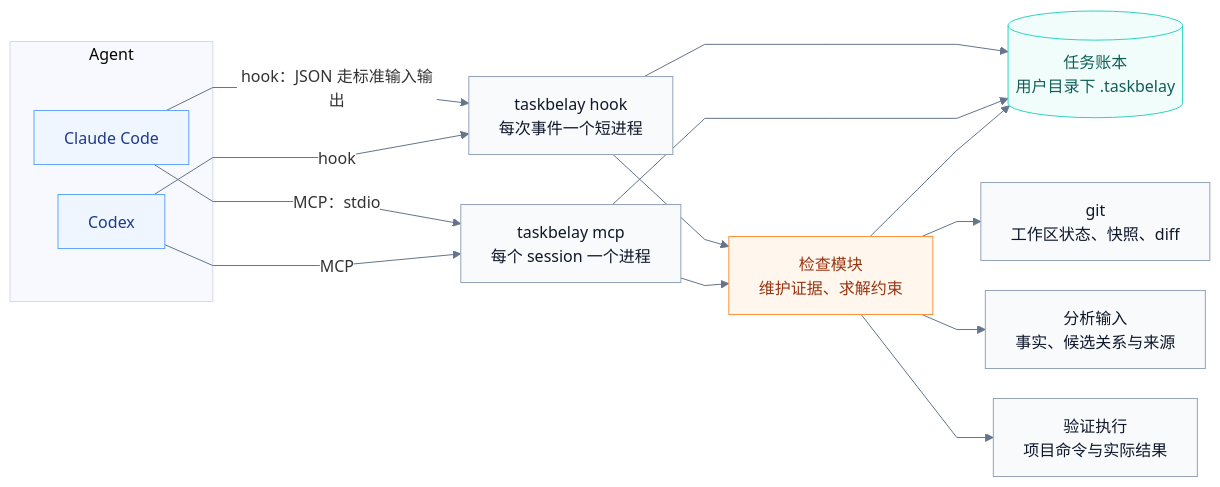
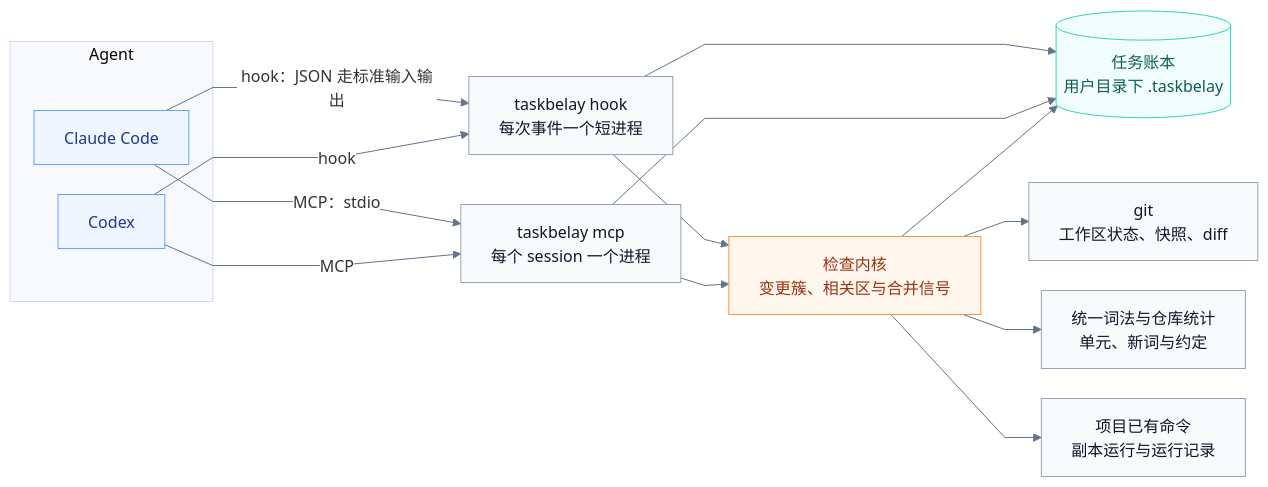
One commit to Innocent-children/TaskBelay changed the first of 3 diagrams in docs/product-architecture.md. Above: the diagram before and after it, drawn with Mermaid. The commit also changed other lines of this file and 26 other files, not shown here.

````diff
--- a/docs/product-architecture.md
+++ b/docs/product-architecture.md
@@ -11,32 +11,32 @@
 ```mermaid
 %%{init: {"theme": "base", "themeVariables": {"fontFamily": "PingFang SC, Microsoft YaHei, sans-serif", "fontSize": "16px", "edgeLabelBackground": "#ffffff", "lineColor": "#64748b"}, "flowchart": {"curve": "linear", "nodeSpacing": 30, "rankSpacing": 48}}}%%
 flowchart LR
     subgraph AGENTS["Agent"]
         CC["Claude Code"]
         CX["Codex"]
     end
 
     CC -->|"hook：JSON 走标准输入输出"| HOOK["taskbelay hook<br/>每次事件一个短进程"]
     CX -->|"hook"| HOOK
     CC -->|"MCP：stdio"| MCP["taskbelay mcp<br/>每个 session 一个进程"]
     CX -->|"MCP"| MCP
 
-    HOOK --> CHECK["检查模块<br/>维护证据、求解约束"]
+    HOOK --> CHECK["检查内核<br/>变更簇、相关区与合并信号"]
     MCP --> CHECK
     HOOK --> LEDGER[("任务账本<br/>用户目录下 .taskbelay")]
     MCP --> LEDGER
     CHECK --> LEDGER
     CHECK --> GIT["git<br/>工作区状态、快照、diff"]
-    CHECK --> CODE["分析输入<br/>事实、候选关系与来源"]
-    CHECK --> TOOLS["验证执行<br/>项目命令与实际结果"]
+    CHECK --> CODE["统一词法与仓库统计<br/>单元、新词与约定"]
+    CHECK --> TOOLS["项目已有命令<br/>副本运行与运行记录"]
 
     classDef gray fill:#f8fafc,stroke:#94a3b8,color:#0f172a;
     classDef orange fill:#fff7ed,stroke:#fb923c,color:#9a3412;
     classDef teal fill:#f0fdfa,stroke:#2dd4bf,color:#115e59;
     classDef blue fill:#eff6ff,stroke:#60a5fa,color:#1e3a8a;
     class CC,CX blue;
     class HOOK,MCP gray;
     class CHECK orange;
     class LEDGER teal;
     class GIT,CODE,TOOLS gray;
 ```
````
